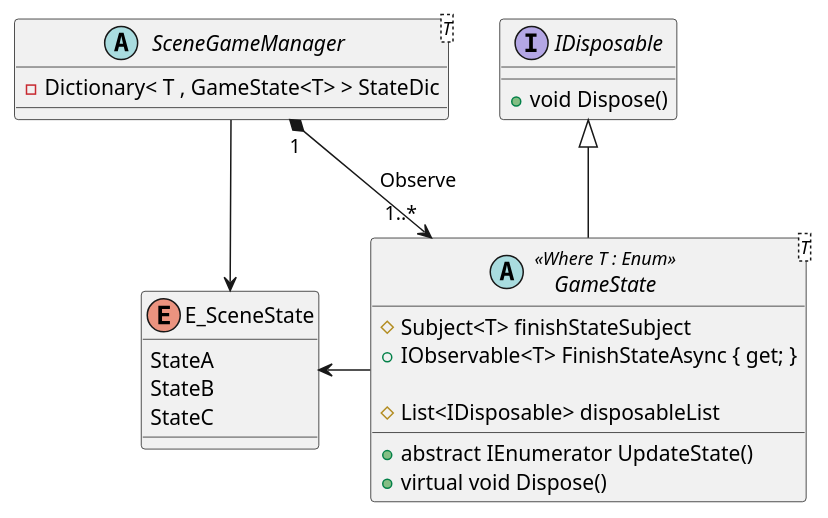
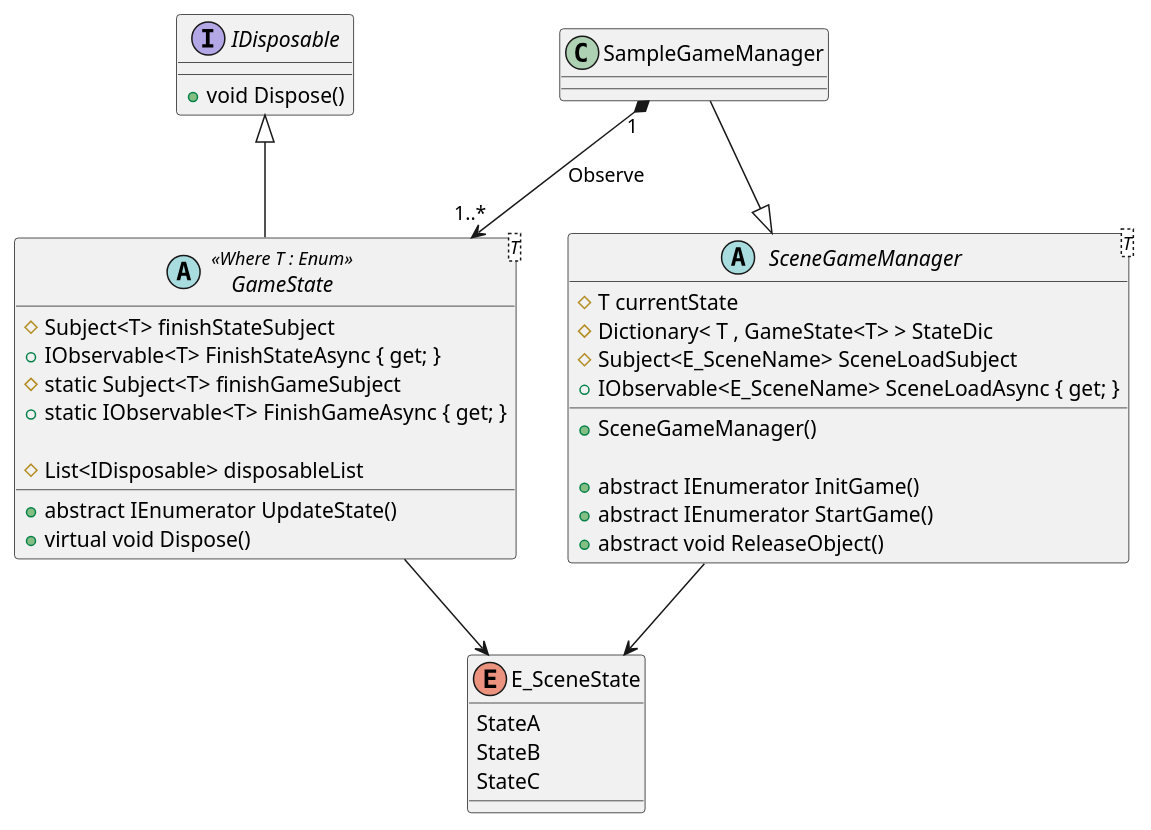
Before and after one commit to tezumozu/GameAsetsDev: the diagram in Unity/Unity1weekAsets/Assets/Script/GameSystems/ver4.0/UML/GameMainSystem/GameState.pu, drawn with PlantUML. The commit also changed 43 other files, not shown here.

Commit message:
Update v4 : GameLoopManager , GameManager , Sample

```diff
--- a/Unity/Unity1weekAsets/Assets/Script/GameSystems/ver4.0/UML/GameMainSystem/GameState.pu
+++ b/Unity/Unity1weekAsets/Assets/Script/GameSystems/ver4.0/UML/GameMainSystem/GameState.pu
@@ -1,32 +1,46 @@
 @startuml GameStateClass
 
     abstract class GameState<T> << Where T : Enum>> {
         # Subject<T> finishStateSubject
         + IObservable<T> FinishStateAsync { get; }
+        # static Subject<T> finishGameSubject
+        + static IObservable<T> FinishGameAsync { get; }
 
         # List<IDisposable> disposableList
 
         + abstract IEnumerator UpdateState()
         + virtual void Dispose()
     }
 
     interface IDisposable{
         + void Dispose()
     }
 
     abstract class SceneGameManager<T>{
-        - Dictionary< T , GameState<T> > StateDic
+        # T currentState
+        # Dictionary< T , GameState<T> > StateDic
+        # Subject<E_SceneName> SceneLoadSubject
+        + IObservable<E_SceneName> SceneLoadAsync { get; }
+
+        + SceneGameManager()
+
+        + abstract IEnumerator InitGame()
+        + abstract IEnumerator StartGame()
+        + abstract void ReleaseObject()
     }
+
+    class SampleGameManager
 
     Enum E_SceneState{
         StateA
         StateB
         StateC
     }
 
     GameState -up-|> IDisposable
-    SceneGameManager "1" *-right-> "1..*" GameState : Observe
-    GameState -left-> E_SceneState
+    SampleGameManager "1" *--> "1..*" GameState : Observe
+    SampleGameManager --|> SceneGameManager
+    GameState --> E_SceneState
     SceneGameManager --> E_SceneState
 
 @enduml 
```
